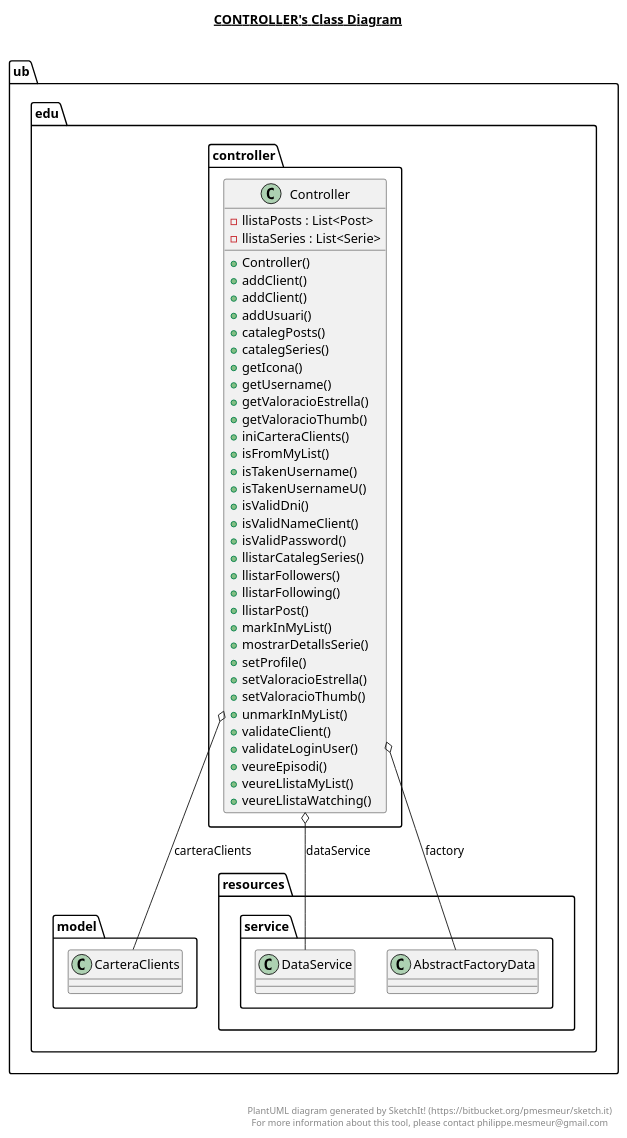
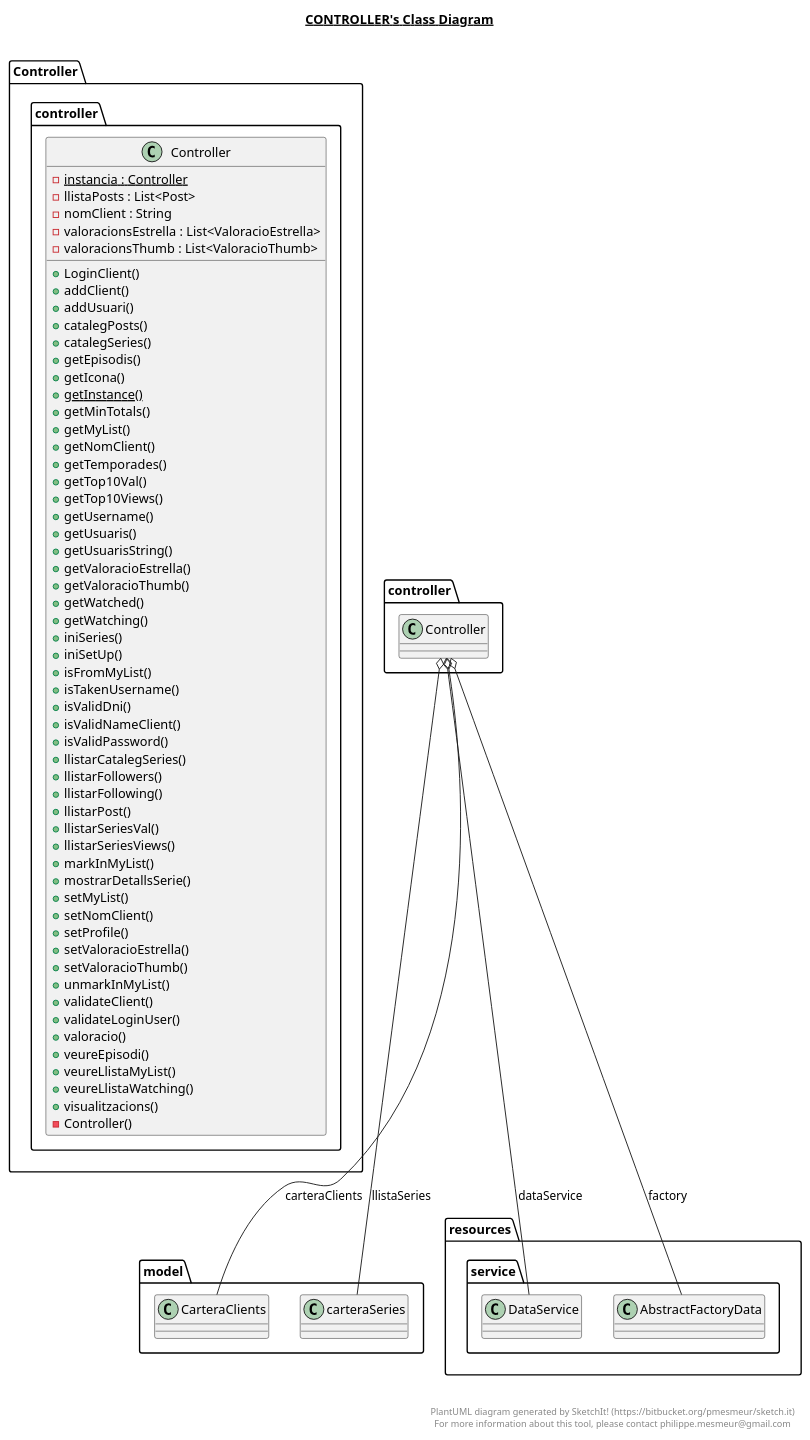
One commit to Disseny-Software-2020-2021/practica3-b2 changed the diagram in src/controller/controller.plantuml. Above: the diagram before and after it, drawn with PlantUML. The commit also changed 9 other files, not shown here.

```diff
--- a/src/controller/controller.plantuml
+++ b/src/controller/controller.plantuml
@@ -1,57 +1,79 @@
 @startuml
 
 title __CONTROLLER's Class Diagram__\n
 
-  namespace ub.edu.controller {
-    class ub.edu.controller.Controller {
-        - llistaPosts : List<Post>
-        - llistaSeries : List<Serie>
-        + Controller()
-        + addClient()
-        + addClient()
-        + addUsuari()
-        + catalegPosts()
-        + catalegSeries()
-        + getIcona()
-        + getUsername()
-        + getValoracioEstrella()
-        + getValoracioThumb()
-        + iniCarteraClients()
-        + isFromMyList()
-        + isTakenUsername()
-        + isTakenUsernameU()
-        + isValidDni()
-        + isValidNameClient()
-        + isValidPassword()
-        + llistarCatalegSeries()
-        + llistarFollowers()
-        + llistarFollowing()
-        + llistarPost()
-        + markInMyList()
-        + mostrarDetallsSerie()
-        + setProfile()
-        + setValoracioEstrella()
-        + setValoracioThumb()
-        + unmarkInMyList()
-        + validateClient()
-        + validateLoginUser()
-        + veureEpisodi()
-        + veureLlistaMyList()
-        + veureLlistaWatching()
+    namespace Controller {
+      class controller.Controller {
+          {static} - instancia : Controller
+          - llistaPosts : List<Post>
+          - nomClient : String
+          - valoracionsEstrella : List<ValoracioEstrella>
+          - valoracionsThumb : List<ValoracioThumb>
+          + LoginClient()
+          + addClient()
+          + addUsuari()
+          + catalegPosts()
+          + catalegSeries()
+          + getEpisodis()
+          + getIcona()
+          {static} + getInstance()
+          + getMinTotals()
+          + getMyList()
+          + getNomClient()
+          + getTemporades()
+          + getTop10Val()
+          + getTop10Views()
+          + getUsername()
+          + getUsuaris()
+          + getUsuarisString()
+          + getValoracioEstrella()
+          + getValoracioThumb()
+          + getWatched()
+          + getWatching()
+          + iniSeries()
+          + iniSetUp()
+          + isFromMyList()
+          + isTakenUsername()
+          + isValidDni()
+          + isValidNameClient()
+          + isValidPassword()
+          + llistarCatalegSeries()
+          + llistarFollowers()
+          + llistarFollowing()
+          + llistarPost()
+          + llistarSeriesVal()
+          + llistarSeriesViews()
+          + markInMyList()
+          + mostrarDetallsSerie()
+          + setMyList()
+          + setNomClient()
+          + setProfile()
+          + setValoracioEstrella()
+          + setValoracioThumb()
+          + unmarkInMyList()
+          + validateClient()
+          + validateLoginUser()
+          + valoracio()
+          + veureEpisodi()
+          + veureLlistaMyList()
+          + veureLlistaWatching()
+          + visualitzacions()
+          - Controller()
+      }
     }
-  }
-  
 
-  ub.edu.controller.Controller o-- ub.edu.model.CarteraClients : carteraClients
-  ub.edu.controller.Controller o-- ub.edu.resources.service.DataService : dataService
-  ub.edu.controller.Controller o-- ub.edu.resources.service.AbstractFactoryData : factory
+
+  controller.Controller o-- model.CarteraClients : carteraClients
+  controller.Controller o-- resources.service.DataService : dataService
+  controller.Controller o-- resources.service.AbstractFactoryData : factory
+  controller.Controller o-- model.carteraSeries : llistaSeries
 
 
 right footer
 
 
 PlantUML diagram generated by SketchIt! (https://bitbucket.org/pmesmeur/sketch.it)
 For more information about this tool, please contact philippe.mesmeur@gmail.com
 endfooter
 
 @enduml
```
